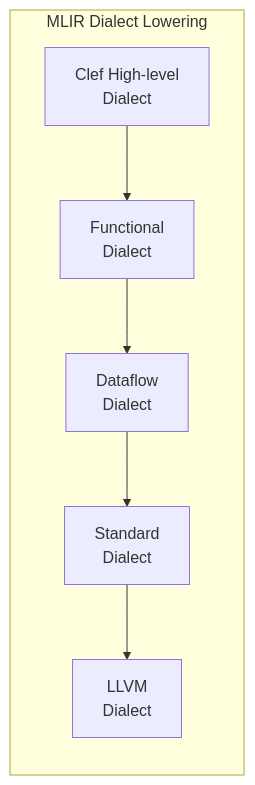
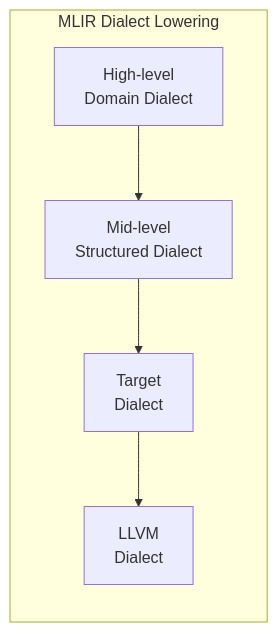
One commit to FidelityFramework/clef-lang-site changed the fifth of 5 diagrams in hugo/content/blog/seeing-beyond-assemblies.md. Above: the diagram before and after it, drawn with Mermaid. The commit also changed other lines of this file, not shown here.

````diff
--- a/hugo/content/blog/seeing-beyond-assemblies.md
+++ b/hugo/content/blog/seeing-beyond-assemblies.md
@@ -152,10 +152,9 @@
 ```mermaid
 flowchart TD
     subgraph MLIRDialectLowering["MLIR Dialect Lowering"]
         direction TB
-        HighLevel["Clef High-level<br>Dialect"] --> Functional["Functional<br>Dialect"]
-        Functional --> DataFlow["Dataflow<br>Dialect"]
-        DataFlow --> Standard["Standard<br>Dialect"]
-        Standard --> LLVM["LLVM<br>Dialect"]
+        HighLevel["High-level<br>Domain Dialect"] --> Mid["Mid-level<br>Structured Dialect"]
+        Mid --> Target["Target<br>Dialect"]
+        Target --> LLVM["LLVM<br>Dialect"]
     end
 ```
````
